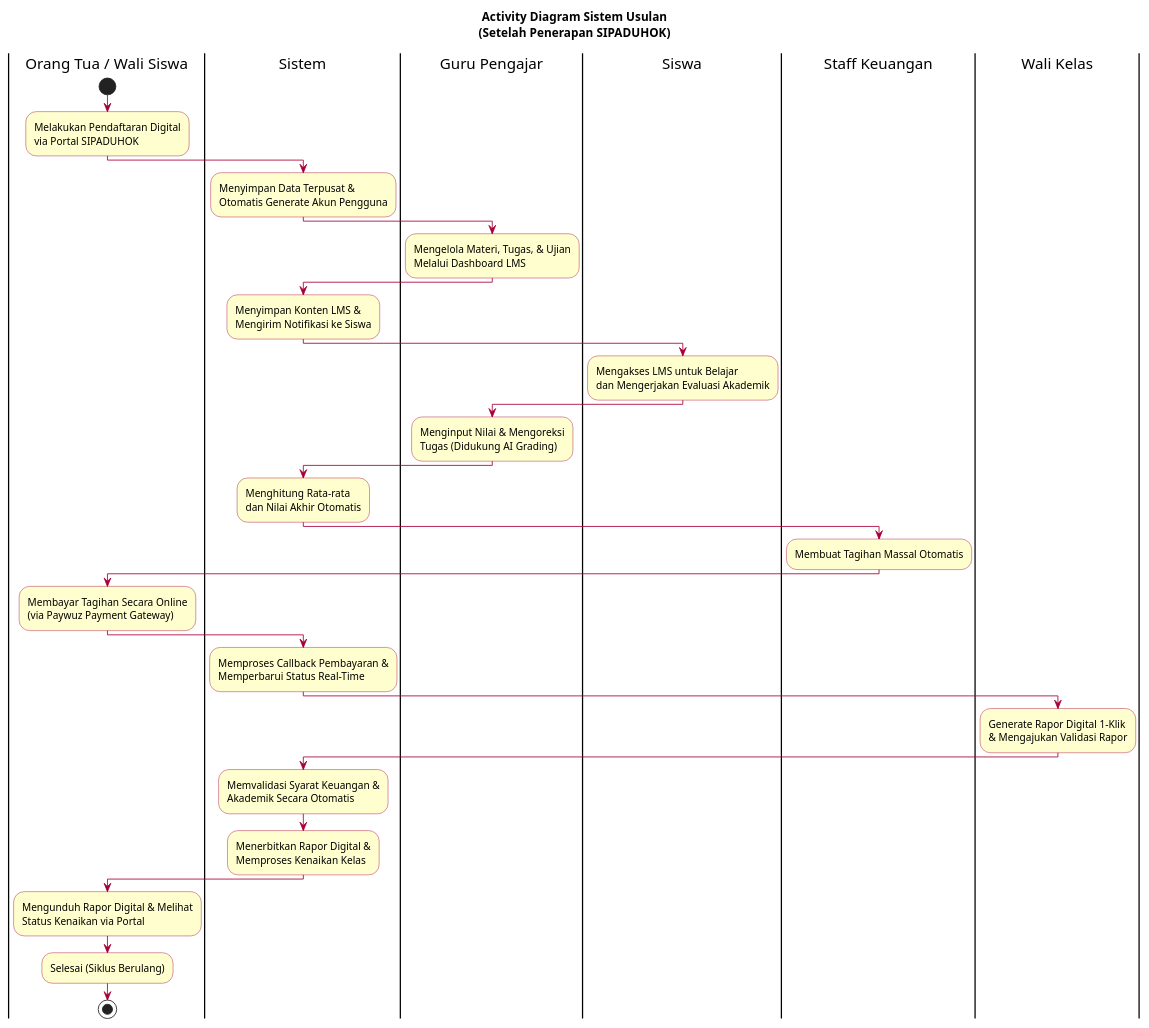
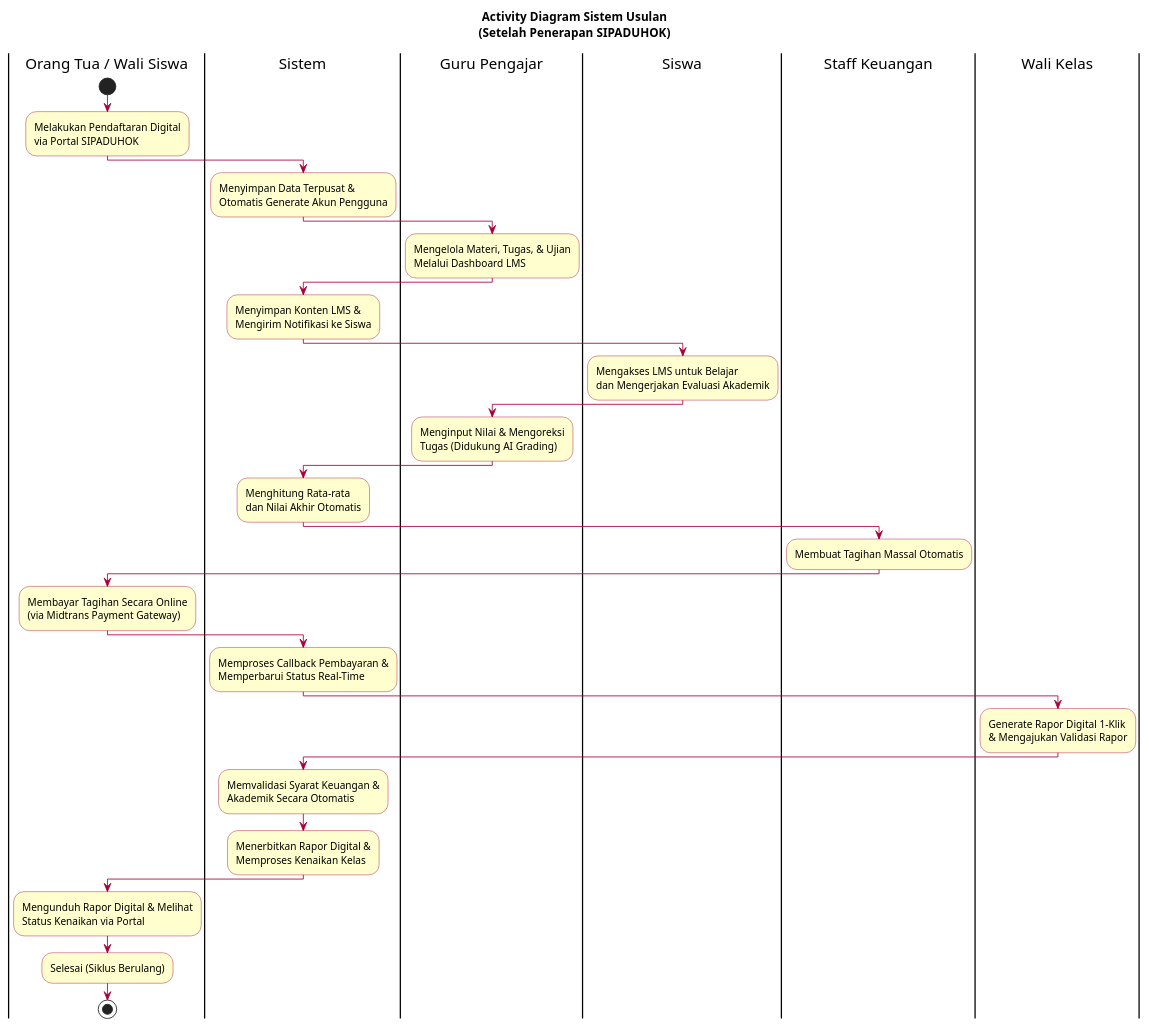
The diagram in docs/flow/activity-sistem-usulan.puml (shendelzare7sw/sipaduhok), drawn with PlantUML before and after one commit. The commit also changed 46 other files, not shown here.

First line of the commit message:
feat(payment): replace Paywuz with Midtrans Snap gateway

```diff
--- a/docs/flow/activity-sistem-usulan.puml
+++ b/docs/flow/activity-sistem-usulan.puml
@@ -1,50 +1,50 @@
 @startuml activity-sistem-usulan
 title Activity Diagram Sistem Usulan\n(Setelah Penerapan SIPADUHOK)
 skinparam ActivityBackgroundColor #FEFECE
 skinparam ActivityBorderColor #A80036
 skinparam ArrowColor #A80036
 
 |Orang Tua / Wali Siswa|
 start
 :Melakukan Pendaftaran Digital\nvia Portal SIPADUHOK;
 
 |Sistem|
 :Menyimpan Data Terpusat &\nOtomatis Generate Akun Pengguna;
 
 |Guru Pengajar|
 :Mengelola Materi, Tugas, & Ujian\nMelalui Dashboard LMS;
 
 |Sistem|
 :Menyimpan Konten LMS &\nMengirim Notifikasi ke Siswa;
 
 |Siswa|
 :Mengakses LMS untuk Belajar\ndan Mengerjakan Evaluasi Akademik;
 
 |Guru Pengajar|
 :Menginput Nilai & Mengoreksi\nTugas (Didukung AI Grading);
 
 |Sistem|
 :Menghitung Rata-rata\ndan Nilai Akhir Otomatis;
 
 |Staff Keuangan|
 :Membuat Tagihan Massal Otomatis;
 
 |Orang Tua / Wali Siswa|
-:Membayar Tagihan Secara Online\n(via Paywuz Payment Gateway);
+:Membayar Tagihan Secara Online\n(via Midtrans Payment Gateway);
 
 |Sistem|
 :Memproses Callback Pembayaran &\nMemperbarui Status Real-Time;
 
 |Wali Kelas|
 :Generate Rapor Digital 1-Klik\n& Mengajukan Validasi Rapor;
 
 |Sistem|
 :Memvalidasi Syarat Keuangan &\nAkademik Secara Otomatis;
 :Menerbitkan Rapor Digital &\nMemproses Kenaikan Kelas;
 
 |Orang Tua / Wali Siswa|
 :Mengunduh Rapor Digital & Melihat\nStatus Kenaikan via Portal;
 
 :Selesai (Siklus Berulang);
 stop
 @enduml
```
